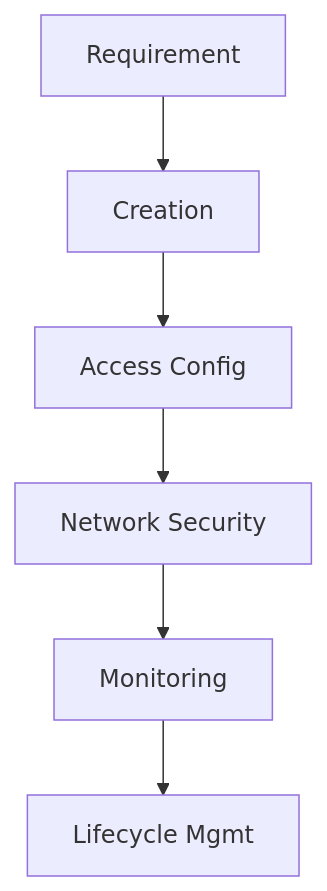
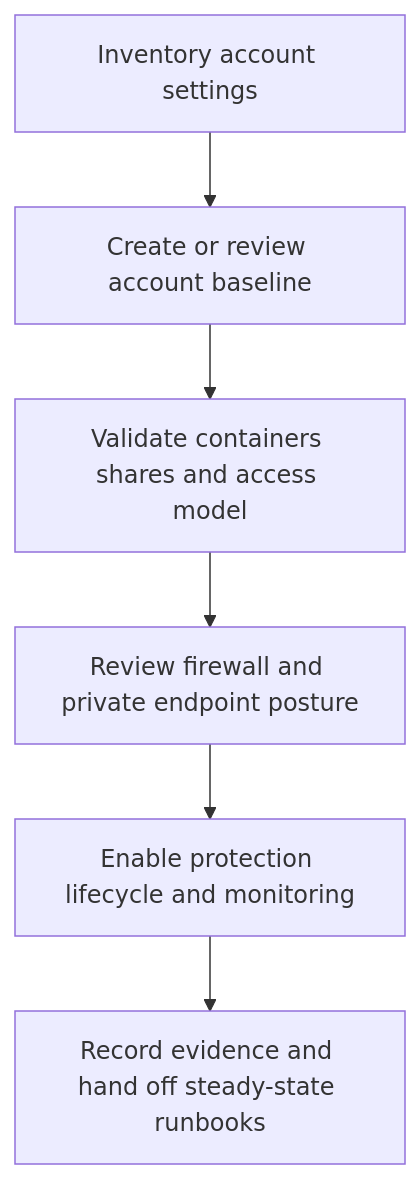
Before and after one commit to yeongseon/azure-storage-practical-guide: the diagram in docs/operations/index.md, drawn with Mermaid. The commit also changed other lines of this file and 10 other files, not shown here.

````diff
--- a/docs/operations/index.md
+++ b/docs/operations/index.md
@@ -30,8 +48,8 @@
 ```mermaid
-graph TD
-    A[Requirement] --> B[Creation]
-    B --> C[Access Config]
-    C --> D[Network Security]
-    D --> E[Monitoring]
-    E --> F[Lifecycle Mgmt]
+flowchart TD
+    A[Inventory account settings] --> B[Create or review account baseline]
+    B --> C[Validate containers shares and access model]
+    C --> D[Review firewall and private endpoint posture]
+    D --> E[Enable protection lifecycle and monitoring]
+    E --> F[Record evidence and hand off steady-state runbooks]
 ```
````
